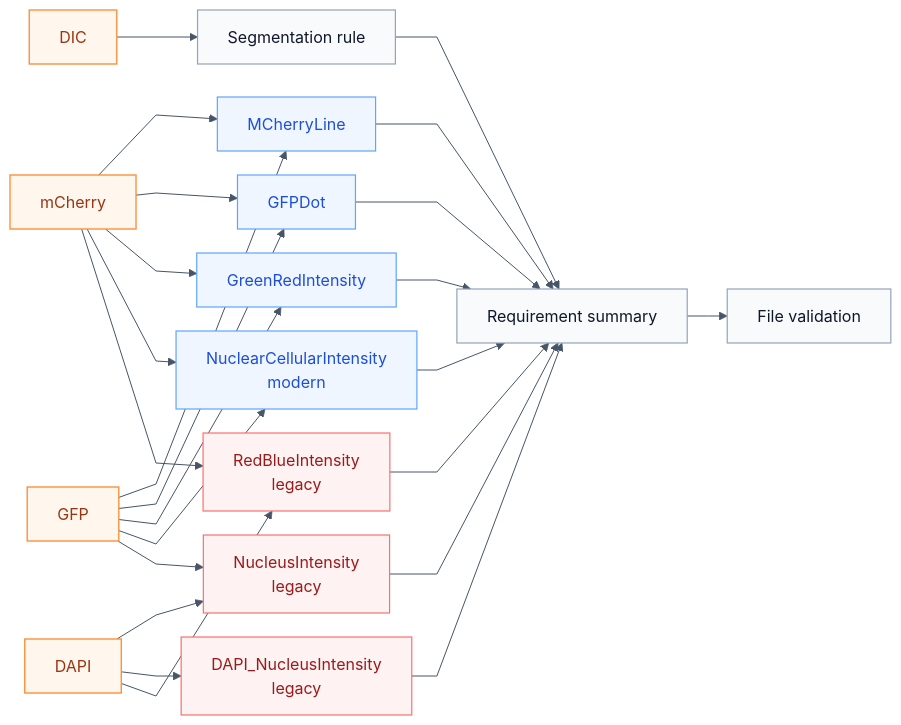
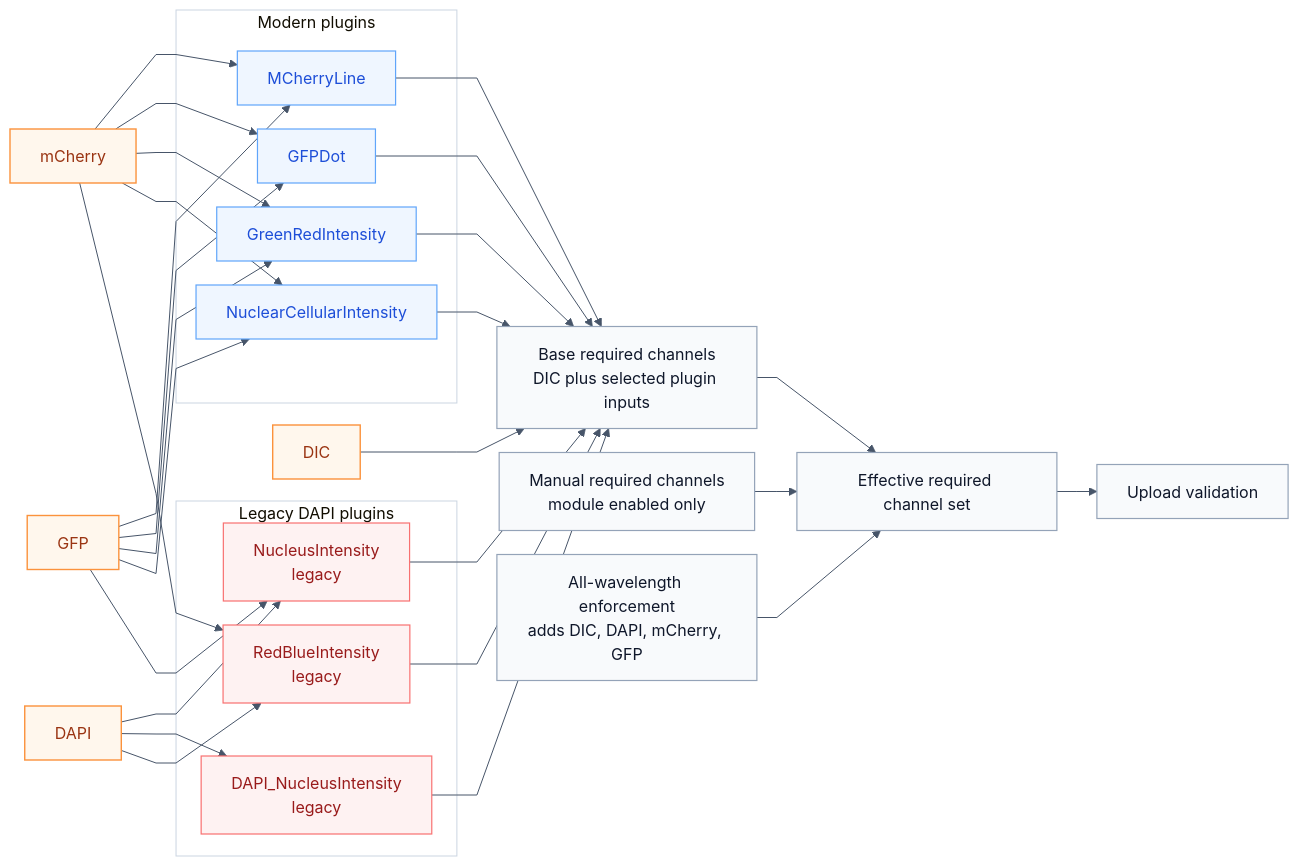
Before and after one commit to BrentLagesse/CytoCV: the diagram in docs/diagrams/05-plugin-channel-map.mmd, drawn with Mermaid. The commit also changed 28 other files, not shown here.

First line of the commit message:
Correct channel requirement docs and formalize research outputs

```diff
--- a/docs/diagrams/05-plugin-channel-map.mmd
+++ b/docs/diagrams/05-plugin-channel-map.mmd
@@ -1,51 +1,62 @@
 %%{init: {"theme":"base","themeVariables":{"background":"#ffffff","primaryColor":"#f8fafc","primaryBorderColor":"#94a3b8","primaryTextColor":"#0f172a","secondaryColor":"#eff6ff","tertiaryColor":"#eef2ff","lineColor":"#475569","fontFamily":"Helvetica","fontSize":"16px","clusterBorder":"#cbd5e1","clusterBkg":"#ffffff"},"flowchart":{"htmlLabels":true,"curve":"linear","nodeSpacing":24,"rankSpacing":40}}}%%
 flowchart LR
     classDef channel fill:#fff7ed,stroke:#fb923c,color:#9a3412,stroke-width:1.4px;
     classDef plugin fill:#eff6ff,stroke:#60a5fa,color:#1d4ed8,stroke-width:1.2px;
     classDef legacy fill:#fef2f2,stroke:#f87171,color:#991b1b,stroke-width:1.2px;
     classDef process fill:#f8fafc,stroke:#94a3b8,color:#0f172a,stroke-width:1.2px;
     classDef output fill:#eef2ff,stroke:#818cf8,color:#3730a3,stroke-width:1.2px;
 
     dic[DIC]
     dapi[DAPI]
     mcherry[mCherry]
     gfp[GFP]
 
-    seg[Segmentation rule]
-    p1[MCherryLine]
-    p2[GFPDot]
-    p3[GreenRedIntensity]
-    p4[NuclearCellularIntensity<br/>modern]
-    p5[NucleusIntensity<br/>legacy]
-    p6[DAPI_NucleusIntensity<br/>legacy]
-    p7[RedBlueIntensity<br/>legacy]
-    summary[Requirement summary]
-    validate[File validation]
+    base[Base required channels<br/>DIC plus selected plugin inputs]
+    manual[Manual required channels<br/>module enabled only]
+    fullset[All-wavelength enforcement<br/>adds DIC, DAPI, mCherry, GFP]
+    effective[Effective required channel set]
+    validate[Upload validation]
 
-    dic --> seg --> summary
+    subgraph modern[Modern plugins]
+        p1[MCherryLine]
+        p2[GFPDot]
+        p3[GreenRedIntensity]
+        p4[NuclearCellularIntensity]
+    end
+
+    subgraph legacygroup[Legacy DAPI plugins]
+        p5[NucleusIntensity<br/>legacy]
+        p6[DAPI_NucleusIntensity<br/>legacy]
+        p7[RedBlueIntensity<br/>legacy]
+    end
+
+    dic --> base
     mcherry --> p1
     gfp --> p1
     mcherry --> p2
     gfp --> p2
     mcherry --> p3
     gfp --> p3
     mcherry --> p4
     gfp --> p4
     dapi --> p5
     gfp --> p5
     dapi --> p6
     mcherry --> p7
     dapi --> p7
-    p1 --> summary
-    p2 --> summary
-    p3 --> summary
-    p4 --> summary
-    p5 --> summary
-    p6 --> summary
-    p7 --> summary
-    summary --> validate
+    p1 --> base
+    p2 --> base
+    p3 --> base
+    p4 --> base
+    p5 --> base
+    p6 --> base
+    p7 --> base
+    base --> effective
+    manual --> effective
+    fullset --> effective
+    effective --> validate
 
     class dic,dapi,mcherry,gfp channel
-    class seg,summary,validate process
+    class base,manual,fullset,effective,validate process
     class p1,p2,p3,p4 plugin
     class p5,p6,p7 legacy
```
